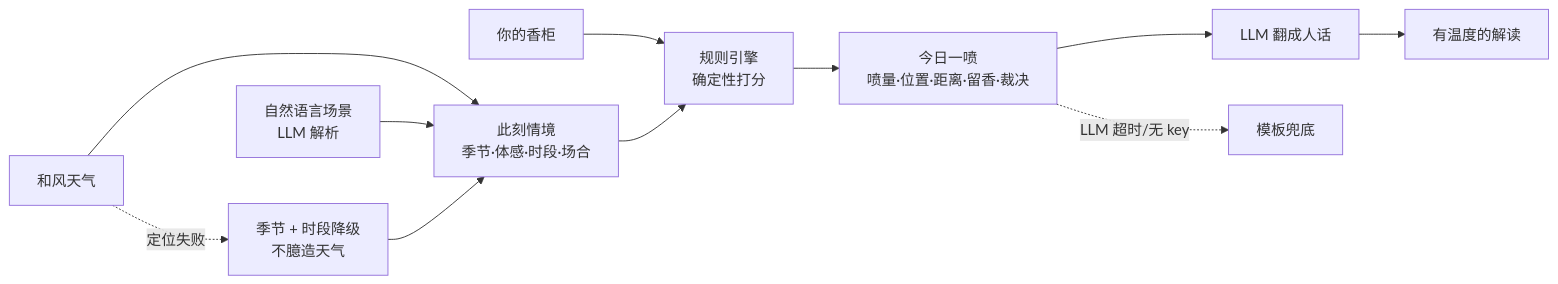
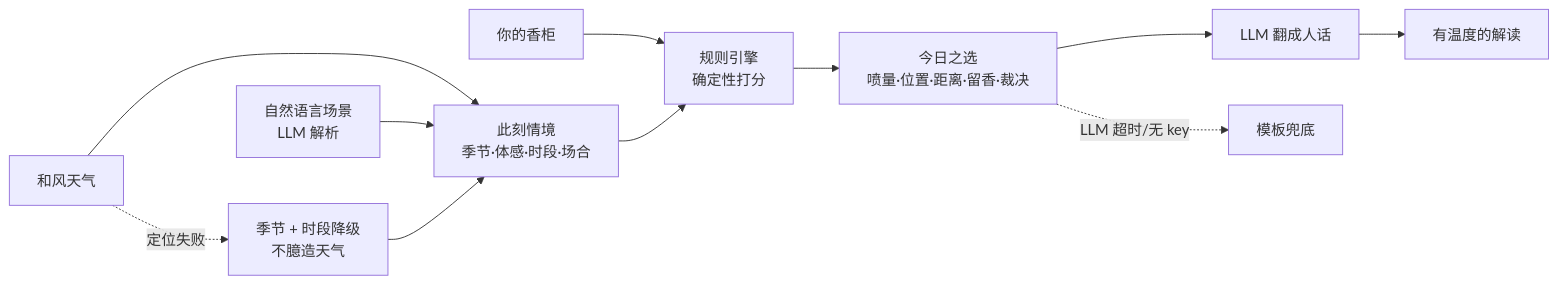
Before and after one commit to MrBaoboer/FenCun: the third of 5 diagrams in docs/氛寸-产品方案.md, drawn with Mermaid. The commit also changed other lines of this file and 23 other files, not shown here.

First line of the commit message:
polish(ui): 统一全站文案、交互与橱窗截图

````diff
--- a/docs/氛寸-产品方案.md
+++ b/docs/氛寸-产品方案.md
@@ -180,13 +180,13 @@
 ```mermaid
 flowchart LR
     W["和风天气"] --> CTX["此刻情境<br/>季节·体感·时段·场合"]
     S["自然语言场景<br/>LLM 解析"] --> CTX
     L["你的香柜"] --> ENG["规则引擎<br/>确定性打分"]
     CTX --> ENG
-    ENG --> PICK["今日一喷<br/>喷量·位置·距离·留香·裁决"]
+    ENG --> PICK["今日之选<br/>喷量·位置·距离·留香·裁决"]
     PICK --> LLM["LLM 翻成人话"]
     LLM --> OUT["有温度的解读"]
     PICK -. LLM 超时/无 key .-> TPL["模板兜底"]
     W -. 定位失败 .-> DEG["季节 + 时段降级<br/>不臆造天气"]
     DEG --> CTX
 ```
````
